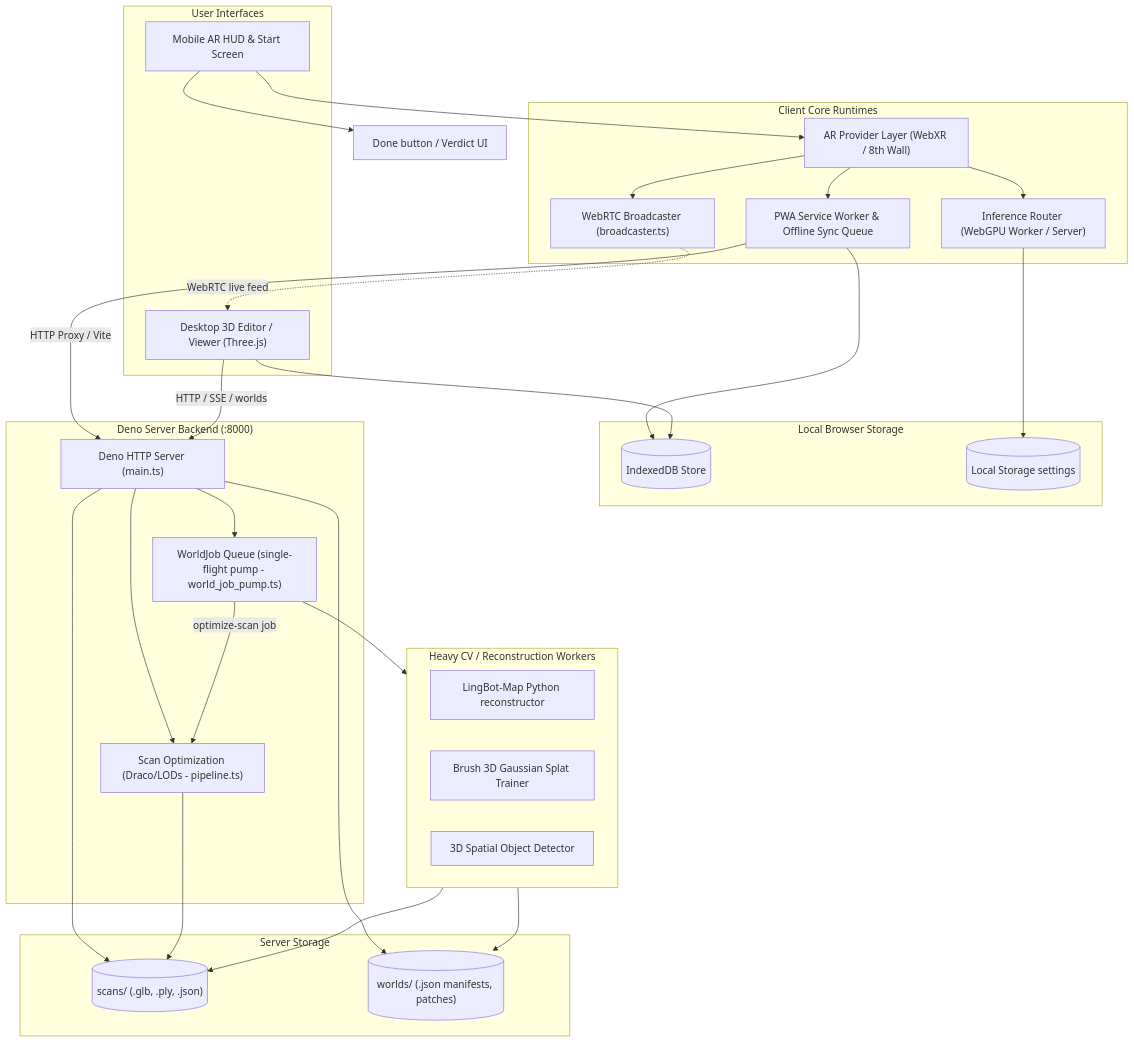
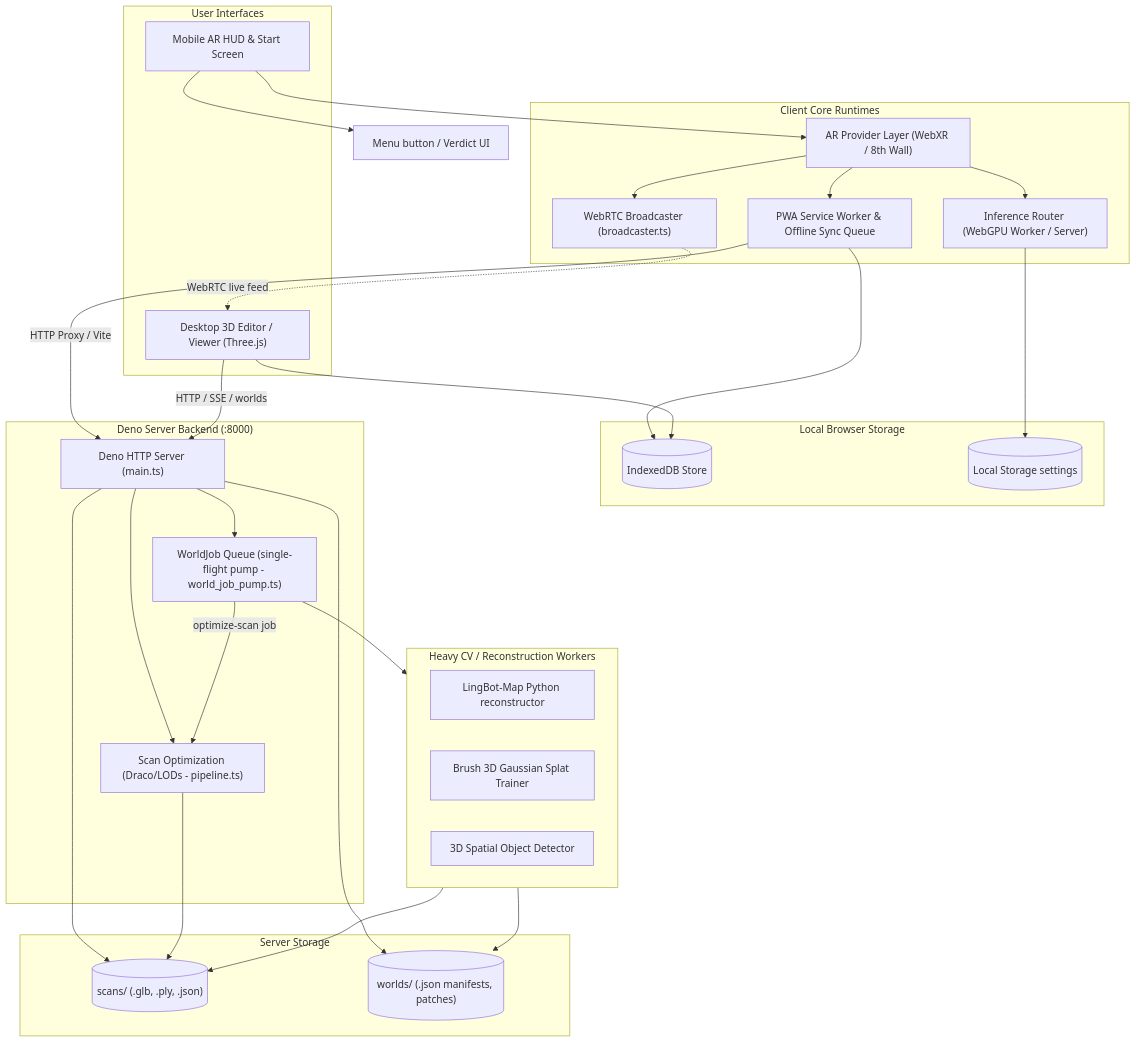
One commit to companionintelligence/CI-Spatial changed the first of 3 diagrams in README.md. Above: the diagram before and after it, drawn with Mermaid. The commit also changed other lines of this file and 3 other files, not shown here.

````diff
--- a/README.md
+++ b/README.md
@@ -12,62 +12,62 @@
 ```mermaid
 flowchart TB
     subgraph UI ["User Interfaces"]
         ScannerMobile["Mobile AR HUD & Start Screen"]
         EditorDesktop["Desktop 3D Editor / Viewer (Three.js)"]
     end
 
     subgraph ClientCore ["Client Core Runtimes"]
         ARProvider["AR Provider Layer (WebXR / 8th Wall)"]
         InferenceRouter["Inference Router (WebGPU Worker / Server)"]
         Broadcaster["WebRTC Broadcaster (broadcaster.ts)"]
         PWA["PWA Service Worker & Offline Sync Queue"]
     end
 
     subgraph LocalStorage ["Local Browser Storage"]
         IDB_Client[(IndexedDB Store)]
         LStore[(Local Storage settings)]
     end
 
     subgraph ServerBackend ["Deno Server Backend (:8000)"]
         HTTPGateway["Deno HTTP Server (main.ts)"]
         JobRunner["WorldJob Queue (single-flight pump - world_job_pump.ts)"]
         OptimizationPipeline["Scan Optimization (Draco/LODs - pipeline.ts)"]
     end
 
     subgraph ServerStorage ["Server Storage"]
         ScansStore[("scans/ (.glb, .ply, .json)")]
         WorldsStore[("worlds/ (.json manifests, patches)")]
     end
 
     subgraph HeavyWorkers ["Heavy CV / Reconstruction Workers"]
         LingBotMap["LingBot-Map Python reconstructor"]
         SplatTrainer["Brush 3D Gaussian Splat Trainer"]
         SplatDetector["3D Spatial Object Detector"]
     end
 
     %% Wiring
     ScannerMobile --> ARProvider
-    ScannerMobile --> DoneBtn["Done button / Verdict UI"]
+    ScannerMobile --> MenuBtn["Menu button / Verdict UI"]
     ARProvider --> InferenceRouter
     ARProvider --> Broadcaster
     ARProvider --> PWA
     PWA --> IDB_Client
     InferenceRouter --> LStore
     
     Broadcaster -.->|WebRTC live feed| EditorDesktop
     EditorDesktop --> IDB_Client
     
     PWA -->|HTTP Proxy / Vite| HTTPGateway
     EditorDesktop -->|HTTP / SSE / worlds| HTTPGateway
     
     HTTPGateway --> JobRunner
     HTTPGateway --> OptimizationPipeline
     HTTPGateway --> ScansStore
     HTTPGateway --> WorldsStore
     
     JobRunner --> HeavyWorkers
     JobRunner -->|optimize-scan job| OptimizationPipeline
     HeavyWorkers --> ScansStore
     HeavyWorkers --> WorldsStore
     OptimizationPipeline --> ScansStore
 ```
````
